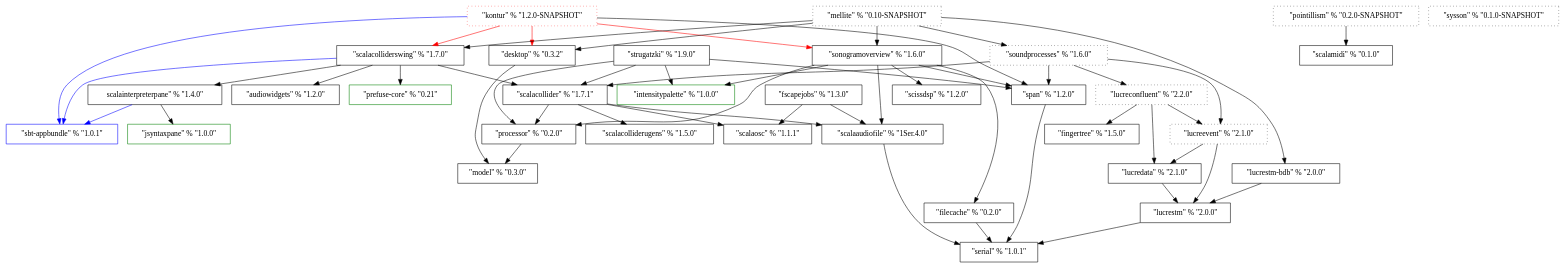
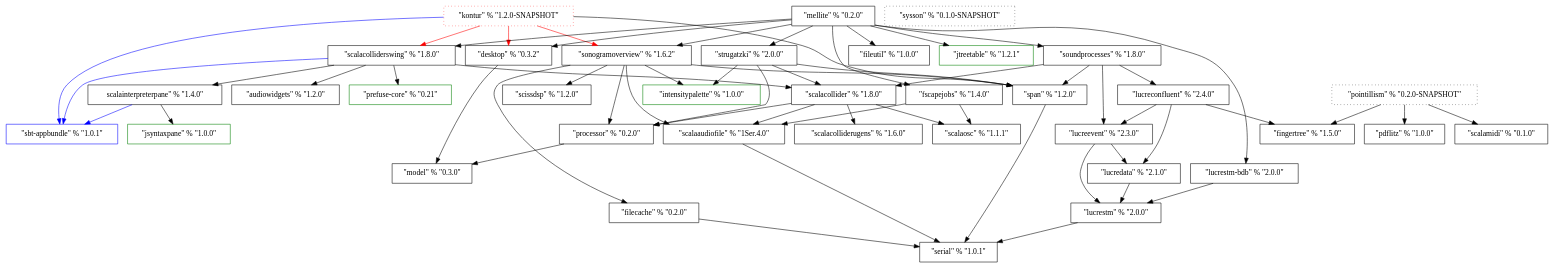
Before and after one commit to Sciss/HistoricalCode: the diagram in ProjectDependencies/dep.dot, drawn with Graphviz.

```diff
--- a/ProjectDependencies/dep.dot
+++ b/ProjectDependencies/dep.dot
@@ -1,88 +1,97 @@
 digraph G {
 	AudioWidgets [label="\"audiowidgets\" % \"1.2.0\"", shape=box];
 	Desktop [label="\"desktop\" % \"0.3.2\"", shape=Box];
 	FileCache [label="\"filecache\" % \"0.2.0\"", shape=Box];
+	FileUtil [label="\"fileutil\" % \"1.0.0\"", shape=Box];
 	FingerTree [label="\"fingertree\" % \"1.5.0\"", shape=Box];
-	FScapeJobs [label="\"fscapejobs\" % \"1.3.0\"", shape=box];
+	FScapeJobs [label="\"fscapejobs\" % \"1.4.0\"", shape=box];
 	IntensityPalette [label="\"intensitypalette\" % \"1.0.0\"", shape=Box, color=green];
 	JSyntaxPane [label="\"jsyntaxpane\" % \"1.0.0\"", shape=Box, color=green];
+	JTreeTable [label="\"jtreetable\" % \"1.2.1\"", shape=Box, color=green];
 	Kontur [label="\"kontur\" % \"1.2.0-SNAPSHOT\"", shape=Box, style=dotted, color=red];
-	LucreConfluent [label="\"lucreconfluent\" % \"2.2.0\"", shape=Box, style=dotted];
+	LucreConfluent [label="\"lucreconfluent\" % \"2.4.0\"", shape=Box];
 	LucreData [label="\"lucredata\" % \"2.1.0\"", shape=Box];
-	LucreEvent [label="\"lucreevent\" % \"2.1.0\"", shape=Box, style=dotted];
+	LucreEvent [label="\"lucreevent\" % \"2.3.0\"", shape=Box];
 	LucreSTM [label="\"lucrestm\" % \"2.0.0\"", shape=Box];
 	LucreSTM_BDB [label="\"lucrestm-bdb\" % \"2.0.0\"", shape=Box];
-	Mellite [label="\"mellite\" % \"0.10-SNAPSHOT\"", shape=Box, style=dotted];
+	Mellite [label="\"mellite\" % \"0.2.0\"", shape=Box];
 	Model [label="\"model\" % \"0.3.0\"", shape=Box];
+	PDFlitz [label="\"pdflitz\" % \"1.0.0\"", shape=Box];
 	PrefuseCore [label="\"prefuse-core\" % \"0.21\"", shape=Box, color=green];
 	Pointillism [label="\"pointillism\" % \"0.2.0-SNAPSHOT\"", shape=Box, style=dotted];
 	Processor [label="\"processor\" % \"0.2.0\"", shape=Box];
 	SbtAppbundle [label="\"sbt-appbundle\" % \"1.0.1\"", shape=Box, color=blue];
 	ScalaOSC [label="\"scalaosc\" % \"1.1.1\"", shape=box];
 	ScalaAudioFile [label="\"scalaaudiofile\" % \"1Ser.4.0\"", shape=box];
-	ScalaCollider [label="\"scalacollider\" % \"1.7.1\"", shape=Box];
-	ScalaColliderSwing [label="\"scalacolliderswing\" % \"1.7.0\"", shape=Box];
-	ScalaColliderUGens [label="\"scalacolliderugens\" % \"1.5.0\"", shape=Box];
+	ScalaCollider [label="\"scalacollider\" % \"1.8.0\"", shape=Box];
+	ScalaColliderSwing [label="\"scalacolliderswing\" % \"1.8.0\"", shape=Box];
+	ScalaColliderUGens [label="\"scalacolliderugens\" % \"1.6.0\"", shape=Box];
 	ScalaInterpreterPane [label="\scalainterpreterpane\" % \"1.4.0\"", shape=Box];
 	ScalaMIDI [label="\"scalamidi\" % \"0.1.0\"", shape=Box];
 	ScissDSP [label="\"scissdsp\" % \"1.2.0\"", shape=Box];
 	Serial [label="\"serial\" % \"1.0.1\"", shape=Box];
-	SonogramOverview [label="\"sonogramoverview\" % \"1.6.0\"", shape=Box];
-	SoundProcesses [label="\"soundprocesses\" % \"1.6.0\"", shape=Box, style=dotted];
+	SonogramOverview [label="\"sonogramoverview\" % \"1.6.2\"", shape=Box];
+	SoundProcesses [label="\"soundprocesses\" % \"1.8.0\"", shape=Box];
    Span [label="\"span\" % \"1.2.0\"", shape=box];
-	Strugatzki [label="\"strugatzki\" % \"1.9.0\"", shape=Box];
+	Strugatzki [label="\"strugatzki\" % \"2.0.0\"", shape=Box];
 	
 	SysSon [label="\"sysson\" % \"0.1.0-SNAPSHOT\"", shape=Box, style=dotted];
 
    Desktop -> Model;	
 	FileCache -> Serial;
 	FScapeJobs -> ScalaOSC;
 	FScapeJobs -> ScalaAudioFile;
 	Kontur -> Desktop [color=red];
 	Kontur -> SbtAppbundle [color=blue];
 	Kontur -> ScalaColliderSwing [color=red];
 	Kontur -> SonogramOverview [color=red];
 	Kontur -> Span;
 	LucreConfluent -> FingerTree;
 	LucreConfluent -> LucreData;
 	LucreConfluent -> LucreEvent;
 	LucreData -> LucreSTM;
 	LucreEvent -> LucreSTM;
    LucreEvent -> LucreData;
    LucreSTM -> Serial;
    LucreSTM_BDB -> LucreSTM;
    Mellite -> Desktop;
+   Mellite -> FileUtil;
+   Mellite -> FScapeJobs;
+   Mellite -> JTreeTable;
 	Mellite -> LucreSTM_BDB;
 	Mellite -> ScalaColliderSwing;
 	Mellite -> SonogramOverview;
 	Mellite -> SoundProcesses;
+	Mellite -> Strugatzki;
+	Pointillism -> FingerTree;
+	Pointillism -> PDFlitz;
 	Pointillism -> ScalaMIDI;
 	Processor -> Model;
    ScalaAudioFile -> Serial;
    ScalaCollider -> Processor;
 	ScalaCollider -> ScalaAudioFile;
 	ScalaCollider -> ScalaColliderUGens;
 	ScalaCollider -> ScalaOSC;
 	ScalaColliderSwing -> SbtAppbundle [color=blue];
 	ScalaColliderSwing -> ScalaCollider;
 	ScalaColliderSwing -> ScalaInterpreterPane;
 	ScalaColliderSwing -> PrefuseCore;
 	ScalaColliderSwing -> AudioWidgets;
 	ScalaInterpreterPane -> JSyntaxPane;
 	ScalaInterpreterPane -> SbtAppbundle [color=blue];
 	SonogramOverview -> FileCache;
 	SonogramOverview -> IntensityPalette;
 	SonogramOverview -> Processor;
 	SonogramOverview -> ScalaAudioFile;
 	SonogramOverview -> ScissDSP;
 	SonogramOverview -> Span;
 	SoundProcesses -> ScalaCollider;
 	SoundProcesses -> LucreConfluent;
 	SoundProcesses -> LucreEvent;
 	SoundProcesses -> Span;
 	Span -> Serial;
 	Strugatzki -> IntensityPalette;
 	Strugatzki -> Processor;
 	Strugatzki -> ScalaCollider;
 	Strugatzki -> Span;
 }
```
